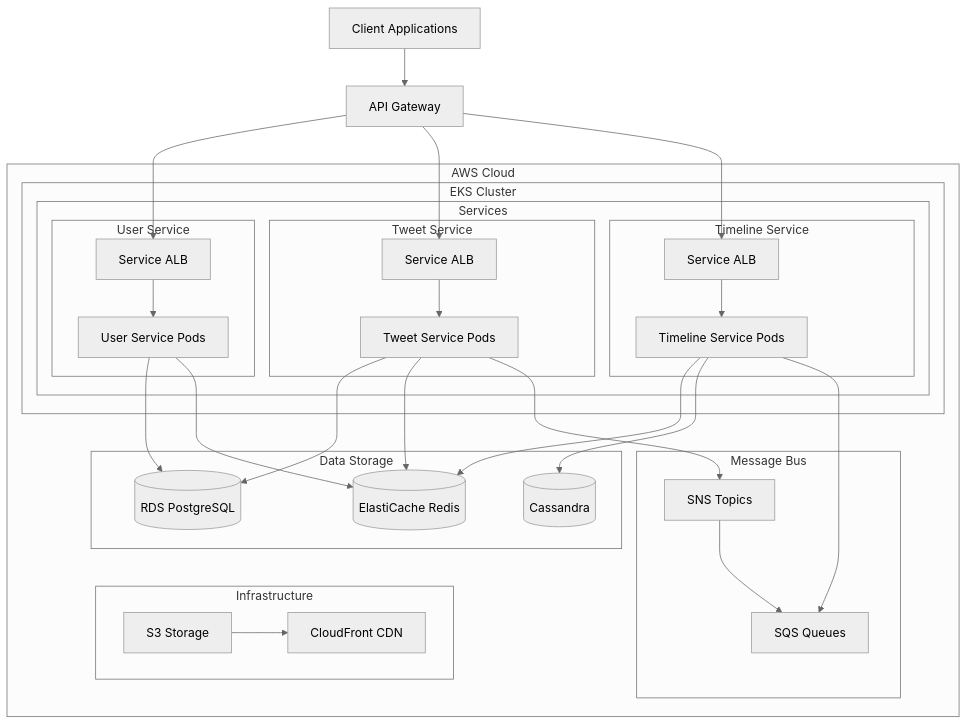
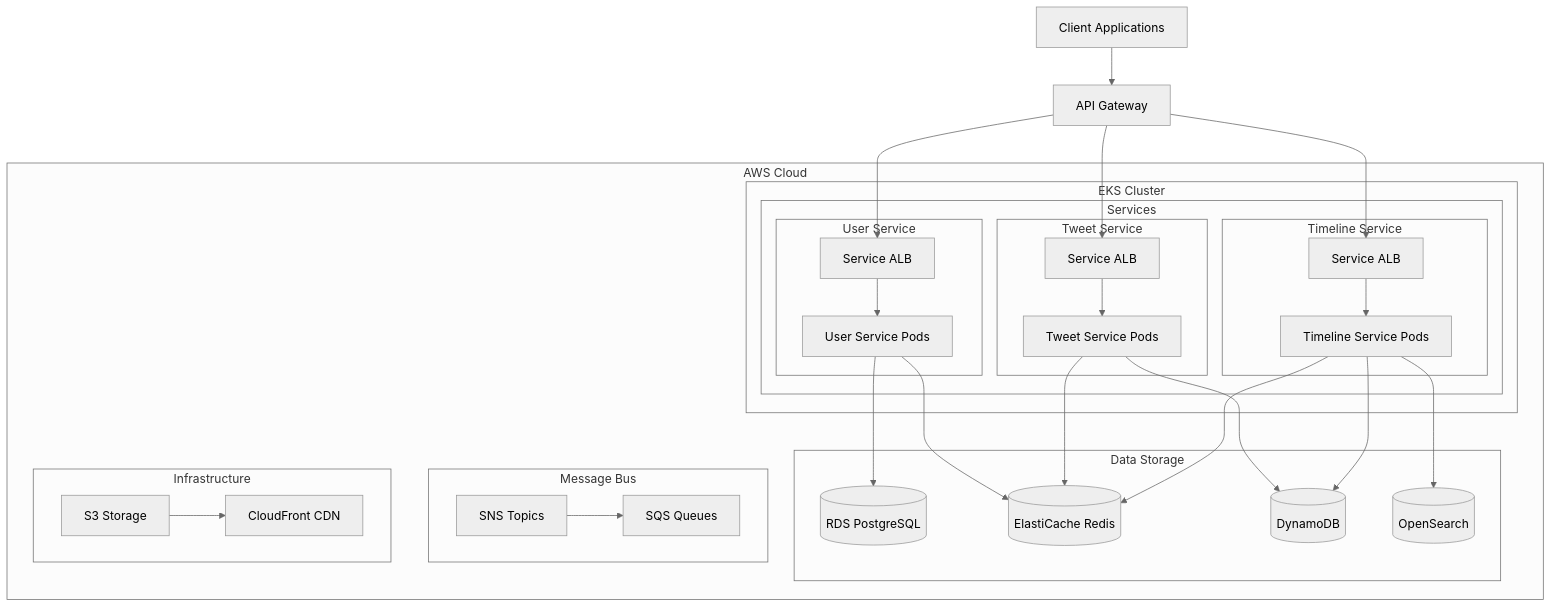
One commit to lisandropascuali/twitter-app changed the first of 6 diagrams in architecture.md. Above: the diagram before and after it, drawn with Mermaid (neutral theme). The commit also changed other lines of this file and 1 other file, not shown here.

Commit message:
feat: change in architecture: fanout on read strategy instead of fanout on write

````diff
--- a/architecture.md
+++ b/architecture.md
@@ -5,64 +5,64 @@
 ```mermaid
 graph TB
     Client[Client Applications]
     AG[API Gateway]
     
     subgraph AWS Cloud
         subgraph EKS Cluster
             subgraph Services
                 subgraph User Service
                     USALB[Service ALB]
                     US[User Service Pods]
                 end
                 
                 subgraph Tweet Service
                     TSALB[Service ALB]
                     TS[Tweet Service Pods]
                 end
                 
                 subgraph Timeline Service
                     TLSALB[Service ALB]
                     TLS[Timeline Service Pods]
                 end
             end
         end
         
         subgraph Data Storage
             RDS[(RDS PostgreSQL)]
             REDIS[(ElastiCache Redis)]
-            CASS[(Cassandra)]
+            DDB[(DynamoDB)]
+            OS[(OpenSearch)]
         end
         
         subgraph Message Bus
             SNS[SNS Topics]
             SQS[SQS Queues]
         end
         
         subgraph Infrastructure
             S3[S3 Storage]
             CF[CloudFront CDN]
         end
     end
     
     Client --> AG
     AG --> USALB & TSALB & TLSALB
     
     USALB --> US
     TSALB --> TS
     TLSALB --> TLS
     
     US --> RDS
     US --> REDIS
     
-    TS --> RDS
+    TS --> DDB
     TS --> REDIS
-    TS --> SNS
     
+    TLS --> OS
     TLS --> REDIS
-    TLS --> CASS
-    TLS --> SQS
+    TLS --> DDB
     
     SNS --> SQS
     
     S3 --> CF
 ```
````
